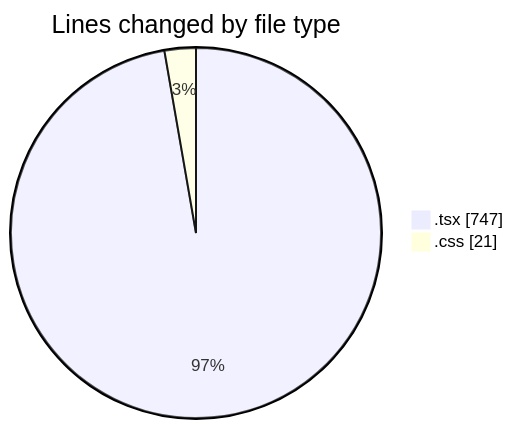
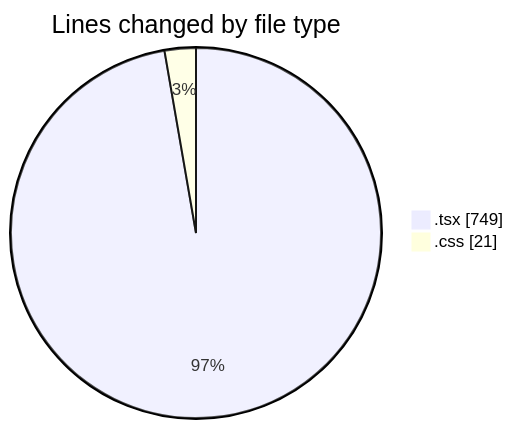
The first of 2 diagrams in 2025-02-07/mbc-web/README.md (robertbonfada/code-tracking), drawn with Mermaid before and after one commit. The commit also changed other lines of this file and 1 other file, not shown here.

````diff
--- a/2025-02-07/mbc-web/README.md
+++ b/2025-02-07/mbc-web/README.md
@@ -28,6 +28,6 @@
 ```mermaid
 pie showData
 title Lines changed by file type
-".tsx" : 747
+".tsx" : 749
 ".css" : 21
 ```
````
